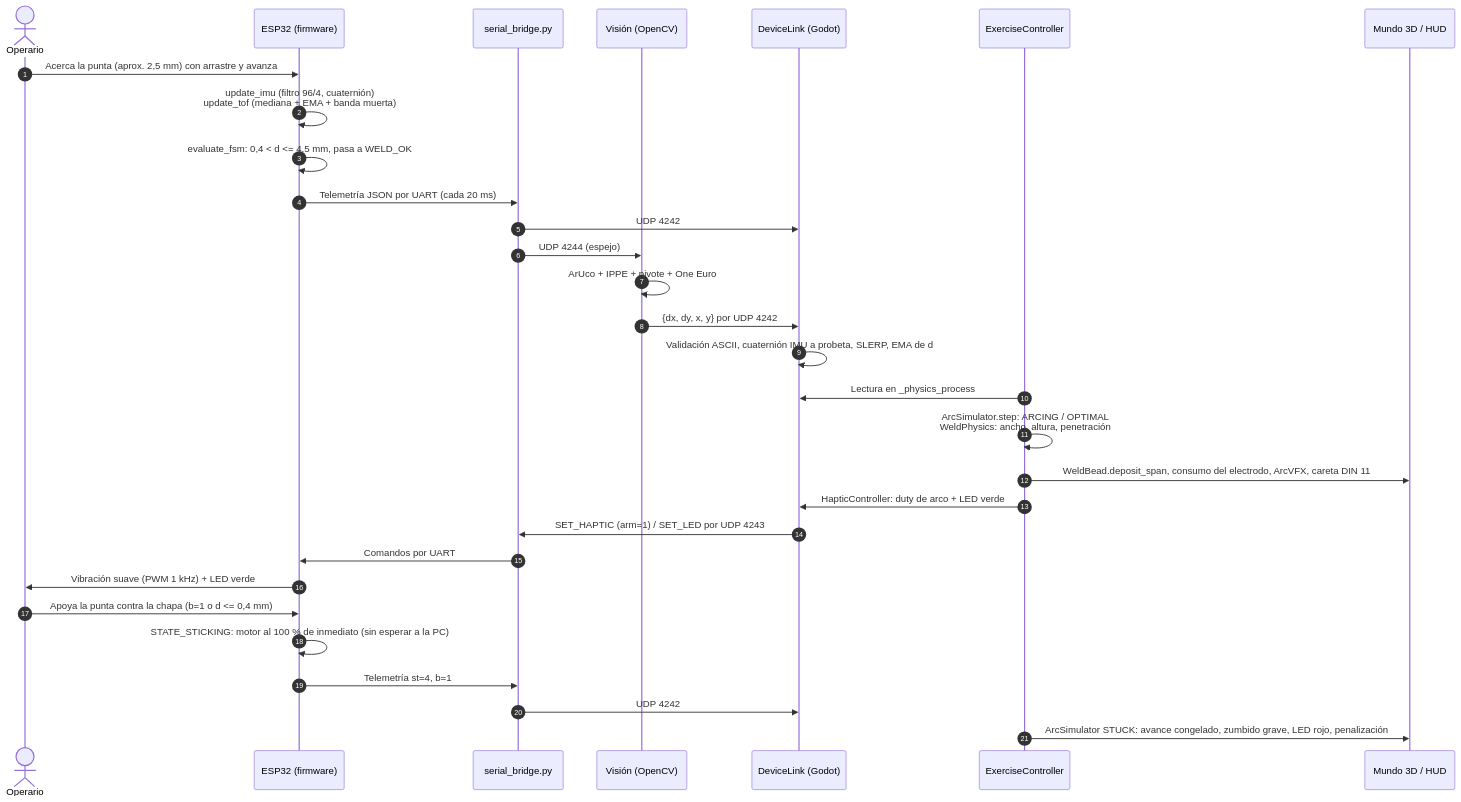
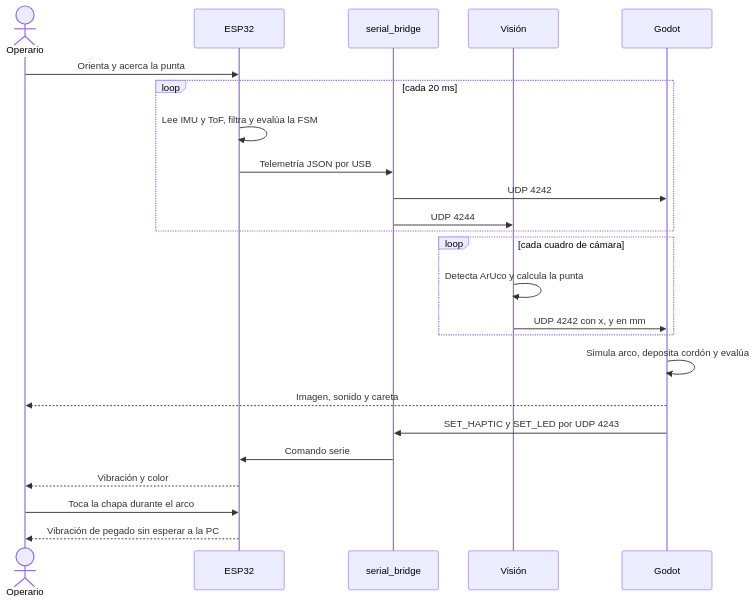
The third of 10 diagrams in informe_tecnico.md (lucho-albanez/Trabajo_integrador_RV), drawn with Mermaid before and after one commit. The commit also changed other lines of this file and 1 other file, not shown here.

````diff
--- a/informe_tecnico.md
+++ b/informe_tecnico.md
@@ -346,33 +320,26 @@
 ```mermaid
 sequenceDiagram
-    autonumber
-    actor OP as Operario
-    participant ESP as ESP32 (firmware)
-    participant BR as serial_bridge.py
-    participant VIS as Visión (OpenCV)
-    participant DL as DeviceLink (Godot)
-    participant EC as ExerciseController
-    participant W as Mundo 3D / HUD
-
-    OP->>ESP: Acerca la punta (aprox. 2,5 mm) con arrastre y avanza
-    ESP->>ESP: update_imu (filtro 96/4, cuaternión)<br/>update_tof (mediana + EMA + banda muerta)
-    ESP->>ESP: evaluate_fsm: 0,4 < d <= 4,5 mm, pasa a WELD_OK
-    ESP->>BR: Telemetría JSON por UART (cada 20 ms)
-    BR->>DL: UDP 4242
-    BR->>VIS: UDP 4244 (espejo)
-    VIS->>VIS: ArUco + IPPE + pivote + One Euro
-    VIS->>DL: {dx, dy, x, y} por UDP 4242
-    DL->>DL: Validación ASCII, cuaternión IMU a probeta, SLERP, EMA de d
-    EC->>DL: Lectura en _physics_process
-    EC->>EC: ArcSimulator.step: ARCING / OPTIMAL<br/>WeldPhysics: ancho, altura, penetración
-    EC->>W: WeldBead.deposit_span, consumo del electrodo, ArcVFX, careta DIN 11
-    EC->>DL: HapticController: duty de arco + LED verde
-    DL->>BR: SET_HAPTIC (arm=1) / SET_LED por UDP 4243
-    BR->>ESP: Comandos por UART
-    ESP->>OP: Vibración suave (PWM 1 kHz) + LED verde
-    OP->>ESP: Apoya la punta contra la chapa (b=1 o d <= 0,4 mm)
-    ESP->>ESP: STATE_STICKING: motor al 100 % de inmediato (sin esperar a la PC)
-    ESP->>BR: Telemetría st=4, b=1
-    BR->>DL: UDP 4242
-    EC->>W: ArcSimulator STUCK: avance congelado, zumbido grave, LED rojo, penalización
+    actor U as Operario
+    participant E as ESP32
+    participant B as serial_bridge
+    participant V as Visión
+    participant G as Godot
+    U->>E: Orienta y acerca la punta
+    loop cada 20 ms
+        E->>E: Lee IMU y ToF, filtra y evalúa la FSM
+        E->>B: Telemetría JSON por USB
+        B->>G: UDP 4242
+        B->>V: UDP 4244
+    end
+    loop cada cuadro de cámara
+        V->>V: Detecta ArUco y calcula la punta
+        V->>G: UDP 4242 con x, y en mm
+    end
+    G->>G: Simula arco, deposita cordón y evalúa
+    G-->>U: Imagen, sonido y careta
+    G->>B: SET_HAPTIC y SET_LED por UDP 4243
+    B->>E: Comando serie
+    E-->>U: Vibración y color
+    U->>E: Toca la chapa durante el arco
+    E-->>U: Vibración de pegado sin esperar a la PC
 ```
````
